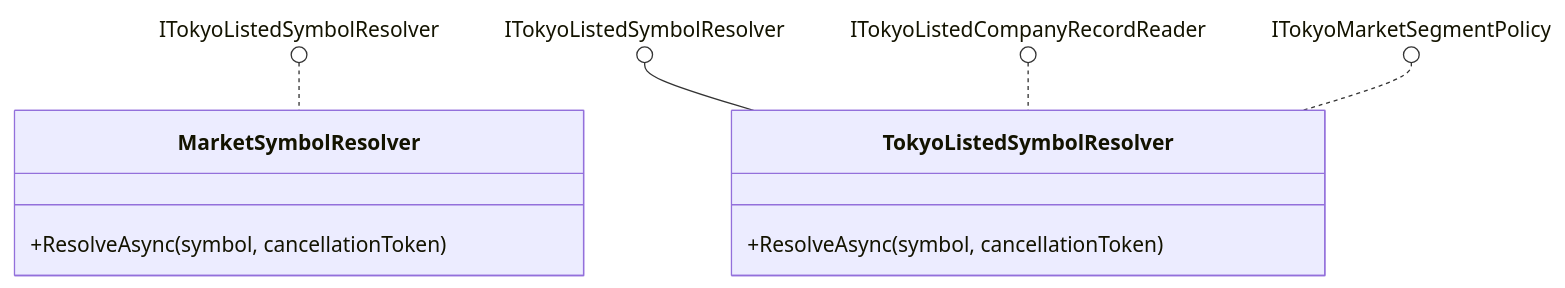
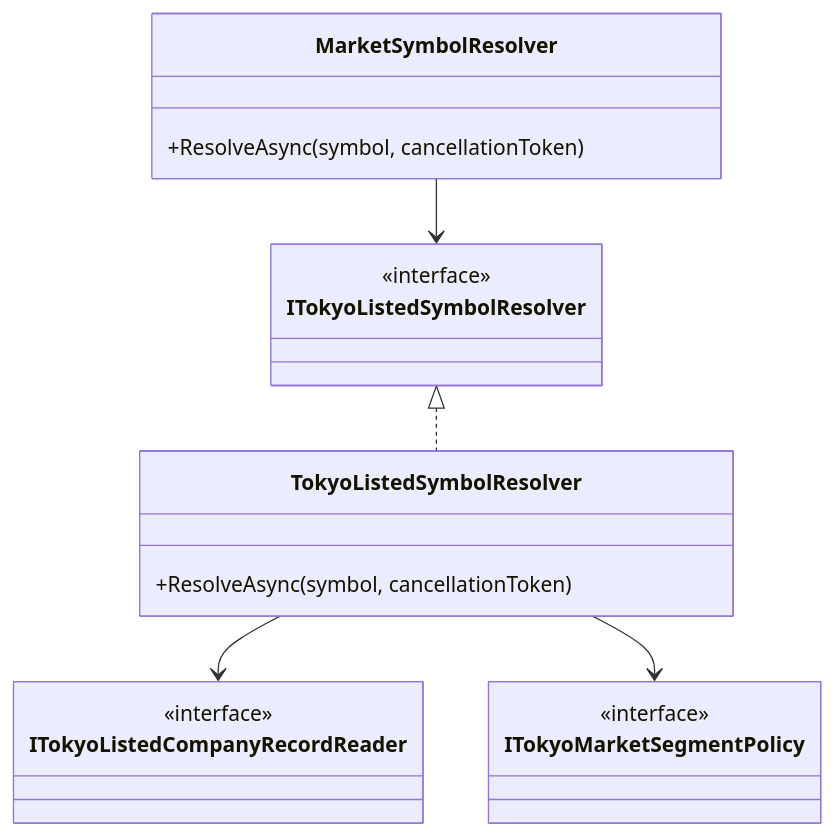
The fourth of 29 diagrams in docs/DESIGN.md (yankee2023/market_monitor), drawn with Mermaid before and after one commit. The commit also changed other lines of this file and 9 other files, not shown here.

````diff
--- a/docs/DESIGN.md
+++ b/docs/DESIGN.md
@@ -165,14 +255,23 @@
 ```mermaid
 classDiagram
     class MarketSymbolResolver {
         +ResolveAsync(symbol, cancellationToken)
     }
+    class ITokyoListedSymbolResolver {
+        <<interface>>
+    }
     class TokyoListedSymbolResolver {
         +ResolveAsync(symbol, cancellationToken)
     }
+    class ITokyoListedCompanyRecordReader {
+        <<interface>>
+    }
+    class ITokyoMarketSegmentPolicy {
+        <<interface>>
+    }
 
-    ITokyoListedSymbolResolver ().. MarketSymbolResolver
-    ITokyoListedSymbolResolver ()-- TokyoListedSymbolResolver
-    ITokyoListedCompanyRecordReader ().. TokyoListedSymbolResolver
-    ITokyoMarketSegmentPolicy ().. TokyoListedSymbolResolver
+    MarketSymbolResolver --> ITokyoListedSymbolResolver
+    ITokyoListedSymbolResolver <|.. TokyoListedSymbolResolver
+    TokyoListedSymbolResolver --> ITokyoListedCompanyRecordReader
+    TokyoListedSymbolResolver --> ITokyoMarketSegmentPolicy
 ```
````
